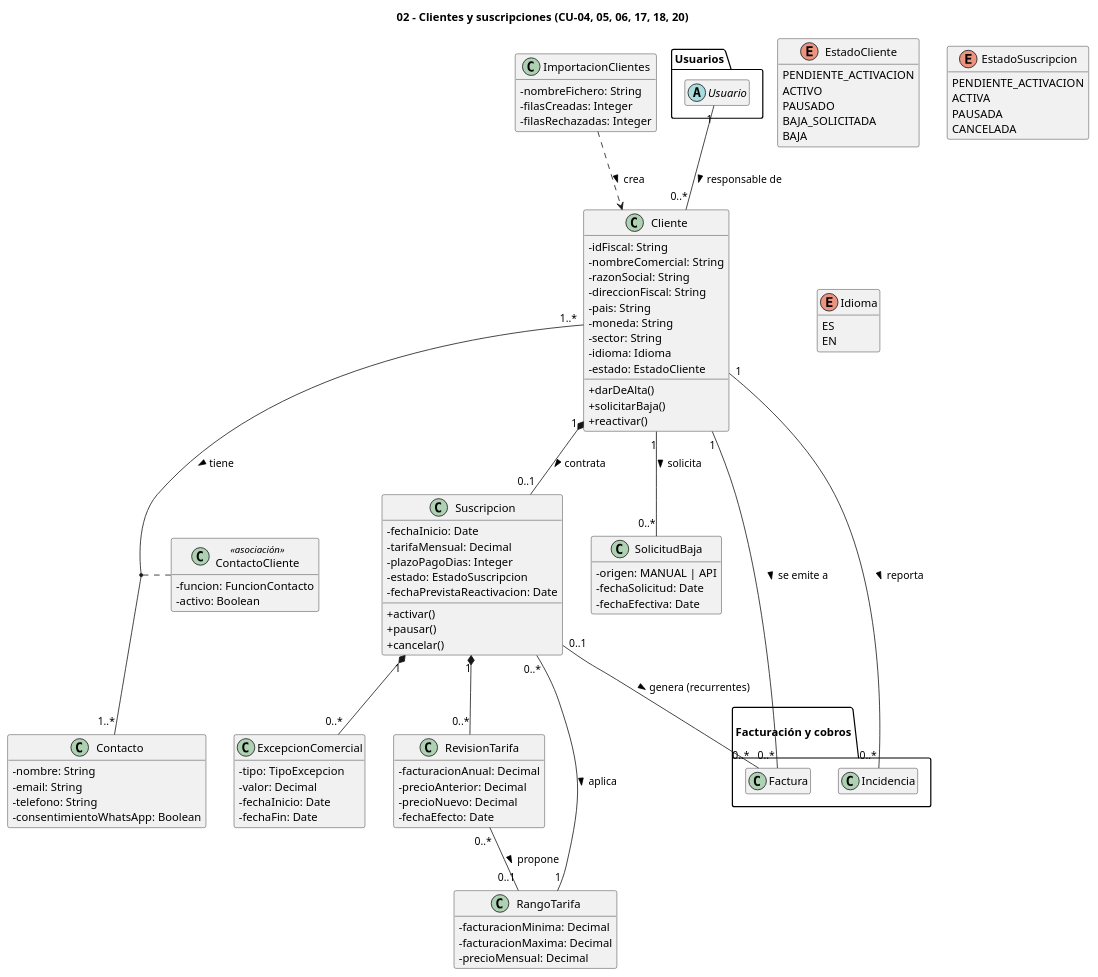
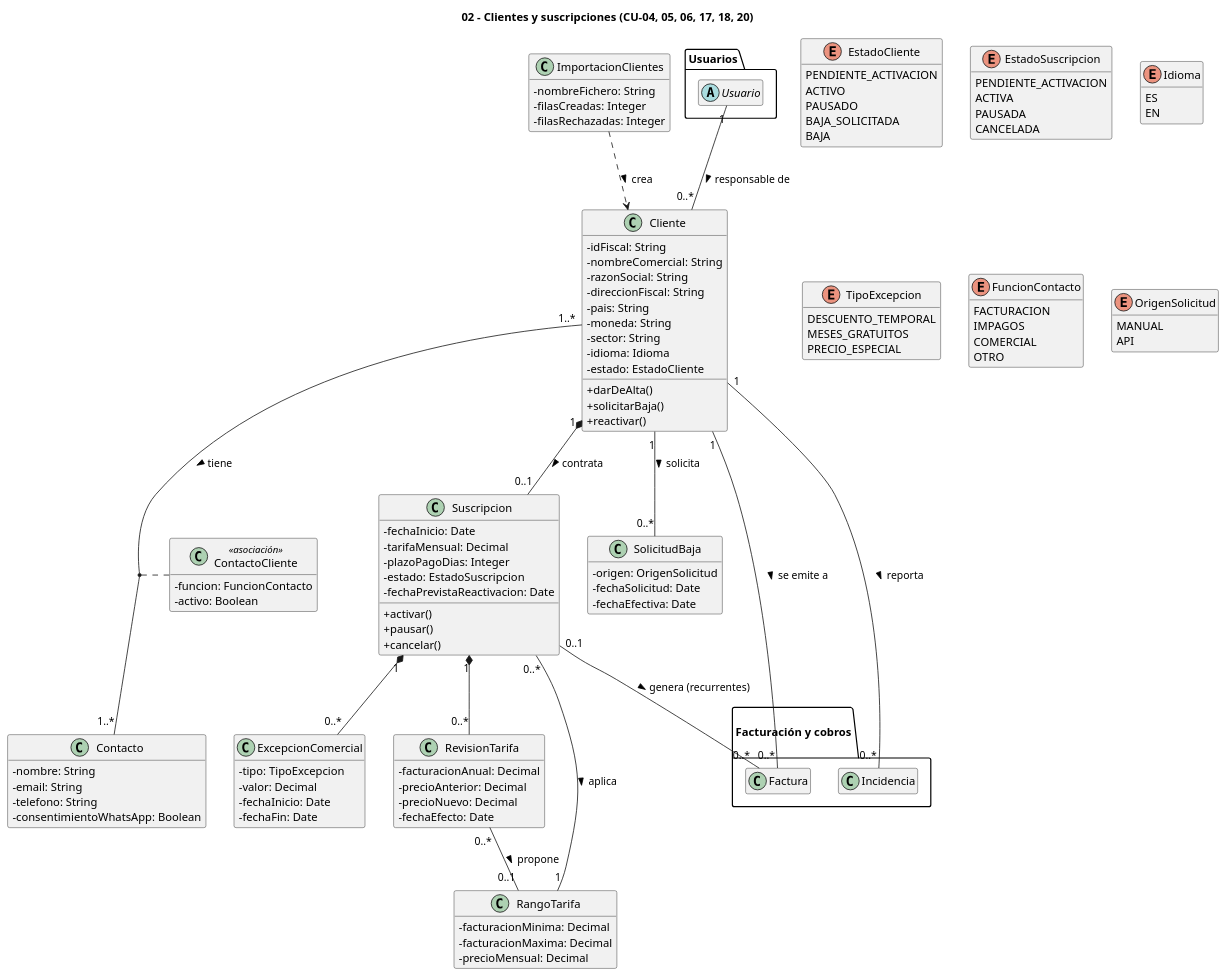
The diagram in doc/Diagramas clases/02_clientes_y_suscripciones.pu (FrankiPato/ADA-sapitos), drawn with PlantUML before and after one commit.

```diff
--- a/doc/Diagramas clases/02_clientes_y_suscripciones.pu
+++ b/doc/Diagramas clases/02_clientes_y_suscripciones.pu
@@ -1,119 +1,138 @@
 @startuml
 skinparam classAttributeIconSize 0
 skinparam roundcorner 5
 hide empty members
 title 02 - Clientes y suscripciones (CU-04, 05, 06, 17, 18, 20)
 
 class Cliente {
   - idFiscal: String
   - nombreComercial: String
   - razonSocial: String
   - direccionFiscal: String
   - pais: String
   - moneda: String
   - sector: String
   - idioma: Idioma
   - estado: EstadoCliente
   + darDeAlta()
   + solicitarBaja()
   + reactivar()
 }
 
 class Contacto {
   - nombre: String
   - email: String
   - telefono: String
   - consentimientoWhatsApp: Boolean
 }
 
 class ContactoCliente <<asociación>> {
   - funcion: FuncionContacto
   - activo: Boolean
 }
 
 class Suscripcion {
   - fechaInicio: Date
   - tarifaMensual: Decimal
   - plazoPagoDias: Integer
   - estado: EstadoSuscripcion
   - fechaPrevistaReactivacion: Date
   + activar()
   + pausar()
   + cancelar()
 }
 
 class ExcepcionComercial {
   - tipo: TipoExcepcion
   - valor: Decimal
   - fechaInicio: Date
   - fechaFin: Date
 }
 
 class RevisionTarifa {
   - facturacionAnual: Decimal
   - precioAnterior: Decimal
   - precioNuevo: Decimal
   - fechaEfecto: Date
 }
 
 class RangoTarifa {
   - facturacionMinima: Decimal
   - facturacionMaxima: Decimal
   - precioMensual: Decimal
 }
 
 class SolicitudBaja {
-  - origen: MANUAL | API
+  - origen: OrigenSolicitud
   - fechaSolicitud: Date
   - fechaEfectiva: Date
 }
 
 class ImportacionClientes {
   - nombreFichero: String
   - filasCreadas: Integer
   - filasRechazadas: Integer
 }
 
 package "Usuarios" {
   abstract class Usuario
 }
 
 package "\nFacturación y cobros\n" {
   class Factura
   class Incidencia
 }
 
 enum EstadoCliente {
   PENDIENTE_ACTIVACION
   ACTIVO
   PAUSADO
   BAJA_SOLICITADA
   BAJA
 }
 
 enum EstadoSuscripcion {
   PENDIENTE_ACTIVACION
   ACTIVA
   PAUSADA
   CANCELADA
 }
 
 enum Idioma {
   ES
   EN
 }
 
+enum TipoExcepcion {
+  DESCUENTO_TEMPORAL
+  MESES_GRATUITOS
+  PRECIO_ESPECIAL
+}
+
+enum FuncionContacto
+{
+  FACTURACION
+  IMPAGOS
+  COMERCIAL
+  OTRO
+}
+
+enum OrigenSolicitud {
+  MANUAL
+  API
+}
+
 Cliente "1..*" -- "1..*" Contacto : tiene >
 (Cliente, Contacto) .. ContactoCliente
 Cliente "1" *-- "0..1" Suscripcion : contrata >
 Cliente "1" -- "0..*" SolicitudBaja : solicita >
 Suscripcion "0..*" -- "1" RangoTarifa : aplica >
 Suscripcion "1" *-- "0..*" ExcepcionComercial
 Suscripcion "1" *-- "0..*" RevisionTarifa
 RevisionTarifa "0..*" -- "0..1" RangoTarifa : propone >
 ImportacionClientes ..> Cliente : crea >
 Usuario "1" -- "0..*" Cliente : responsable de >
 Cliente "1" -- "0..*" Factura : "se emite a >"
 Cliente "1" -- "0..*" Incidencia : "reporta >"
 Suscripcion "0..1" -- "0..*" Factura : "genera (recurrentes) >"
 @enduml
```
